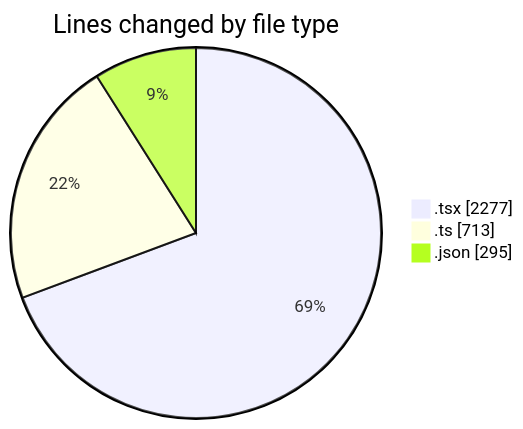
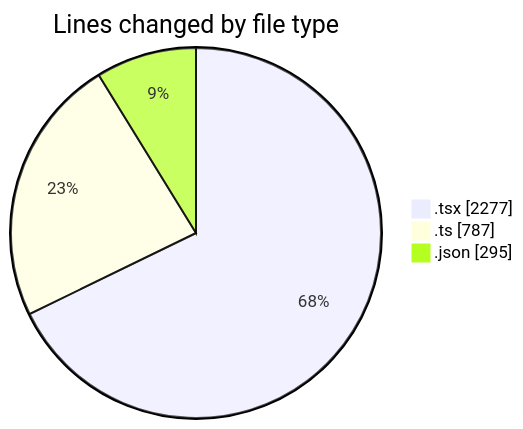
The first of 2 diagrams in 2025-10-09/eventscop-frontend-guide__workspace_/README.md (julien-gomy/code-tracking), drawn with Mermaid before and after one commit. The commit also changed other lines of this file and 1 other file, not shown here.

````diff
--- a/2025-10-09/eventscop-frontend-guide__workspace_/README.md
+++ b/2025-10-09/eventscop-frontend-guide__workspace_/README.md
@@ -37,7 +38,7 @@
 ```mermaid
 pie showData
 title Lines changed by file type
 ".tsx" : 2277
-".ts" : 713
+".ts" : 787
 ".json" : 295
 ```
````
